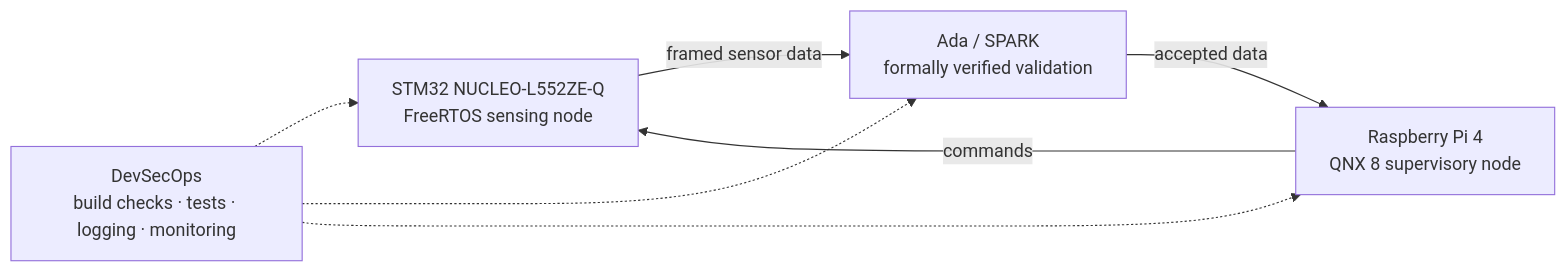
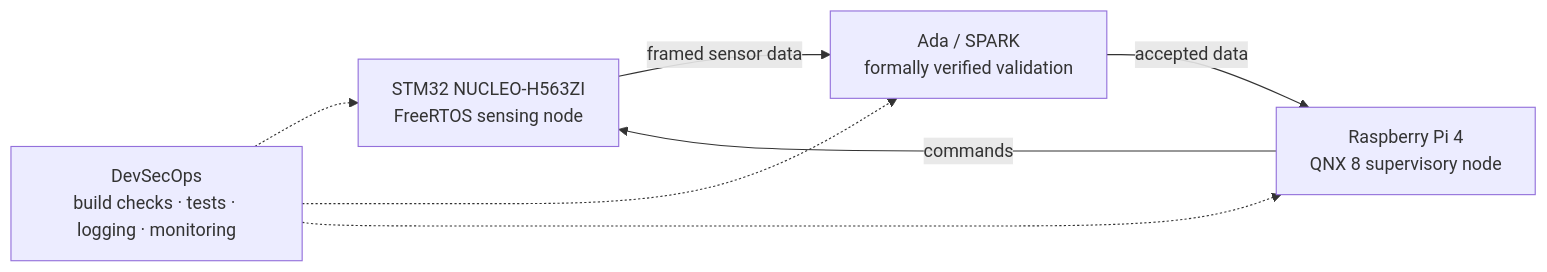
Before and after one commit to bhar007-neel/Honours-Project: the diagram in README.md, drawn with Mermaid. The commit also changed other lines of this file and 1 other file, not shown here.

Commit message:
docs: align target with NUCLEO-H563ZI hardware

````diff
--- a/README.md
+++ b/README.md
@@ -17,15 +17,15 @@
 ```mermaid
 flowchart LR
-    S["STM32 NUCLEO-L552ZE-Q<br/>FreeRTOS sensing node"]
+    S["STM32 NUCLEO-H563ZI<br/>FreeRTOS sensing node"]
     V["Ada / SPARK<br/>formally verified validation"]
     Q["Raspberry Pi 4<br/>QNX 8 supervisory node"]
 
     S -->|"framed sensor data"| V
     V -->|"accepted data"| Q
     Q -->|"commands"| S
 
     D["DevSecOps<br/>build checks · tests · logging · monitoring"]
     D -.-> S
     D -.-> V
     D -.-> Q
 ```
````
